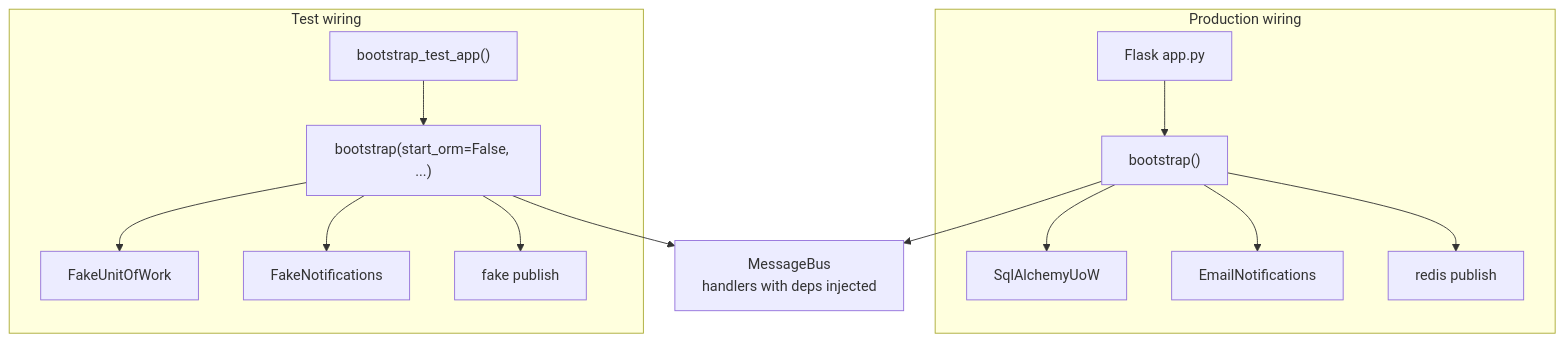
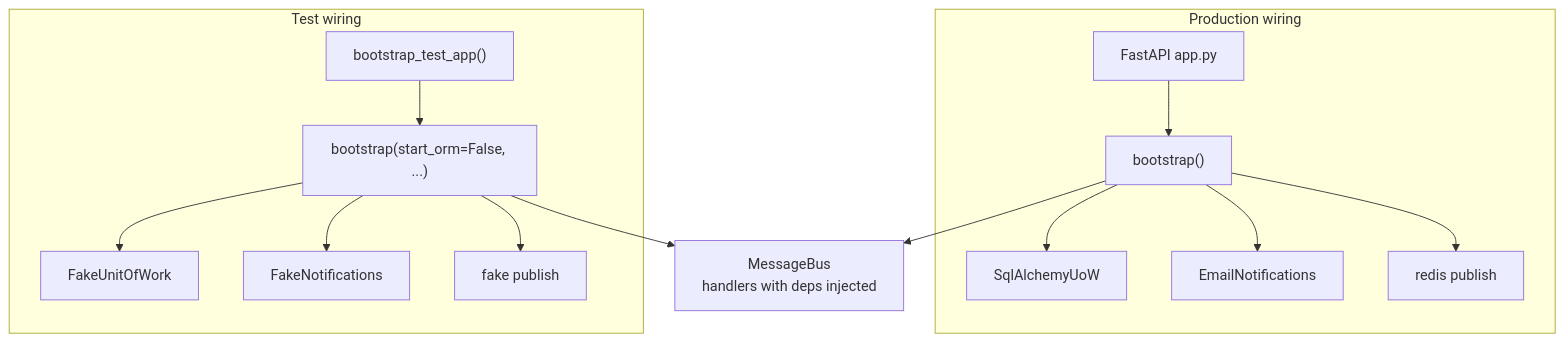
One commit to Thommans-Playground/playground-cosmic-python changed the first of 2 diagrams in study-guide/ch13-dependency-injection.md. Above: the diagram before and after it, drawn with Mermaid. The commit also changed other lines of this file and 17 other files, not shown here.

First line of the commit message:
Refactor allocation service to use FastAPI and implement dependency injection

````diff
--- a/study-guide/ch13-dependency-injection.md
+++ b/study-guide/ch13-dependency-injection.md
@@ -16,18 +16,18 @@
 ```mermaid
 flowchart TB
     subgraph Prod["Production wiring"]
-        App[Flask app.py] --> Boot1["bootstrap()"]
+        App[FastAPI app.py] --> Boot1["bootstrap()"]
         Boot1 --> RealUoW[SqlAlchemyUoW]
         Boot1 --> RealN[EmailNotifications]
         Boot1 --> RealP[redis publish]
     end
     subgraph Test["Test wiring"]
         Fix["bootstrap_test_app()"] --> Boot2["bootstrap(start_orm=False, ...)"]
         Boot2 --> FUoW[FakeUnitOfWork]
         Boot2 --> FN[FakeNotifications]
         Boot2 --> FP[fake publish]
     end
     Boot1 --> Bus
     Boot2 --> Bus
     Bus["MessageBus<br/>handlers with deps injected"]
 ```
````
